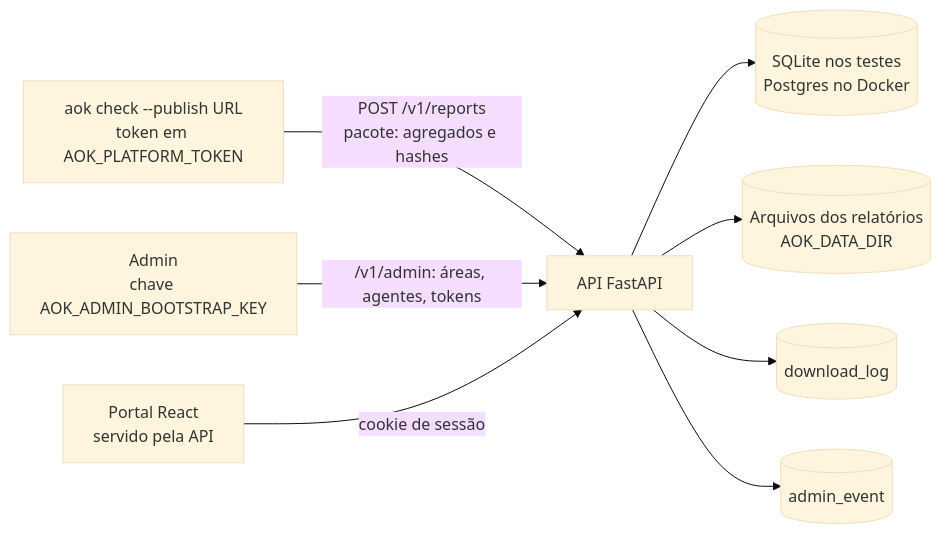
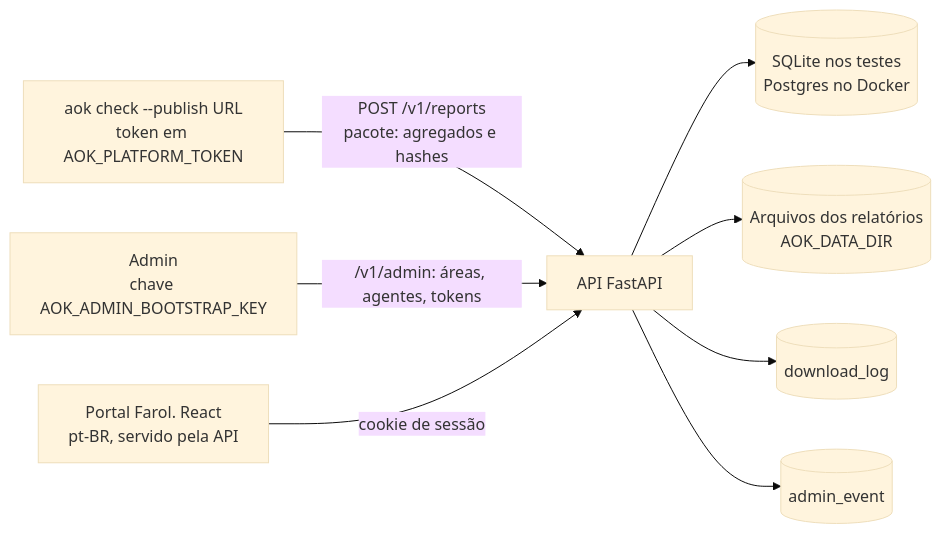
Before and after one commit to Athurgomes/Agent-Ops-Kit: the second of 3 diagrams in docs/arquitetura.md, drawn with Mermaid (base theme). The commit also changed other lines of this file and 6 other files, not shown here.

````diff
--- a/docs/arquitetura.md
+++ b/docs/arquitetura.md
@@ -48,10 +48,10 @@
 ```mermaid
 flowchart LR
     CK[aok check --publish URL<br/>token em AOK_PLATFORM_TOKEN] -->|POST /v1/reports<br/>pacote: agregados e hashes| API[API FastAPI]
     AD[Admin<br/>chave AOK_ADMIN_BOOTSTRAP_KEY] -->|/v1/admin: áreas, agentes, tokens| API
     API --> DB[(SQLite nos testes<br/>Postgres no Docker)]
     API --> FS[(Arquivos dos relatórios<br/>AOK_DATA_DIR)]
-    PO[Portal React<br/>servido pela API] -->|cookie de sessão| API
+    PO[Portal Farol. React<br/>pt-BR, servido pela API] -->|cookie de sessão| API
     API --> DL[(download_log)]
     API --> AE[(admin_event)]
 ```
````
